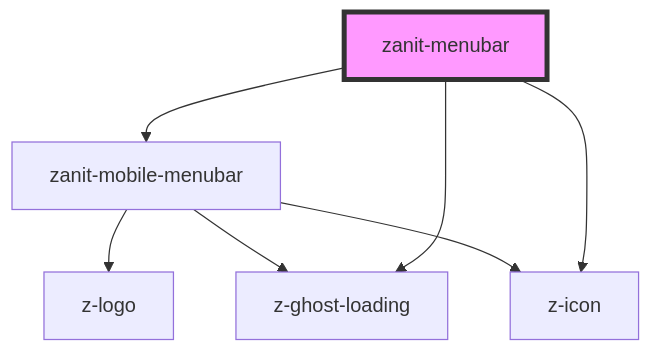
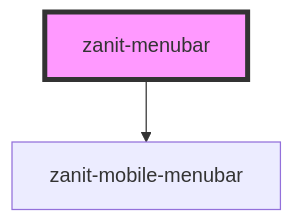
Before and after one commit to ZanichelliEditore/zanichelli-it-frontend-kit: the diagram in src/components/menubar/readme.md, drawn with Mermaid. The commit also changed other lines of this file and 9 other files, not shown here.

Commit message:
remove albe-web-components imports to prevent having the whole library in the bundle; more fixes to ghost loading; fix css export path

````diff
--- a/src/components/menubar/readme.md
+++ b/src/components/menubar/readme.md
@@ -36,10 +34,5 @@
 ```mermaid
 graph TD;
   zanit-menubar --> zanit-mobile-menubar
-  zanit-menubar --> z-ghost-loading
-  zanit-menubar --> z-icon
-  zanit-mobile-menubar --> z-logo
-  zanit-mobile-menubar --> z-icon
-  zanit-mobile-menubar --> z-ghost-loading
   style zanit-menubar fill:#f9f,stroke:#333,stroke-width:4px
 ```
````
